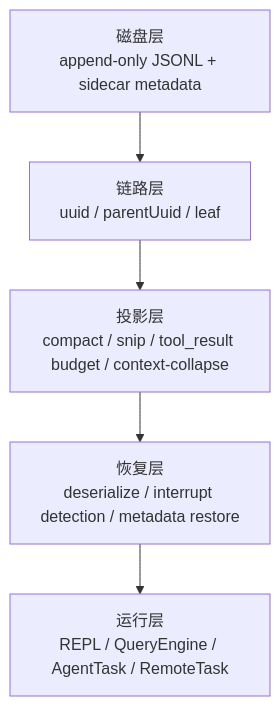
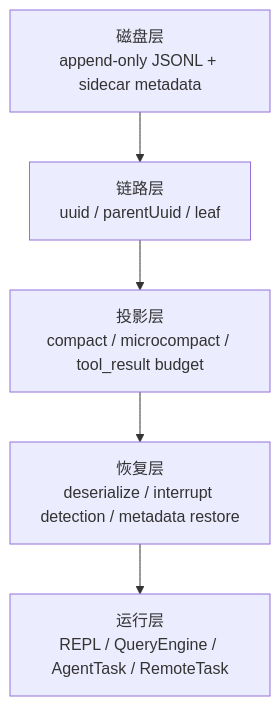
Before and after one commit to sweetcornna/open-claude-code: the first of 7 diagrams in docs/internals/session-transcript-persistence.md, drawn with Mermaid. The commit also changed other lines of this file and 16 other files, not shown here.

First line of the commit message:
docs: correct architecture docs invalidated by the tier-1 deletion

````diff
--- a/docs/internals/session-transcript-persistence.md
+++ b/docs/internals/session-transcript-persistence.md
@@ -41,7 +41,7 @@
 ```mermaid
 flowchart TD
   A[磁盘层<br/>append-only JSONL + sidecar metadata] --> B[链路层<br/>uuid / parentUuid / leaf]
-  B --> C[投影层<br/>compact / snip / tool_result budget / context-collapse]
+  B --> C[投影层<br/>compact / microcompact / tool_result budget]
   C --> D[恢复层<br/>deserialize / interrupt detection / metadata restore]
   D --> E[运行层<br/>REPL / QueryEngine / AgentTask / RemoteTask]
 ```
````
